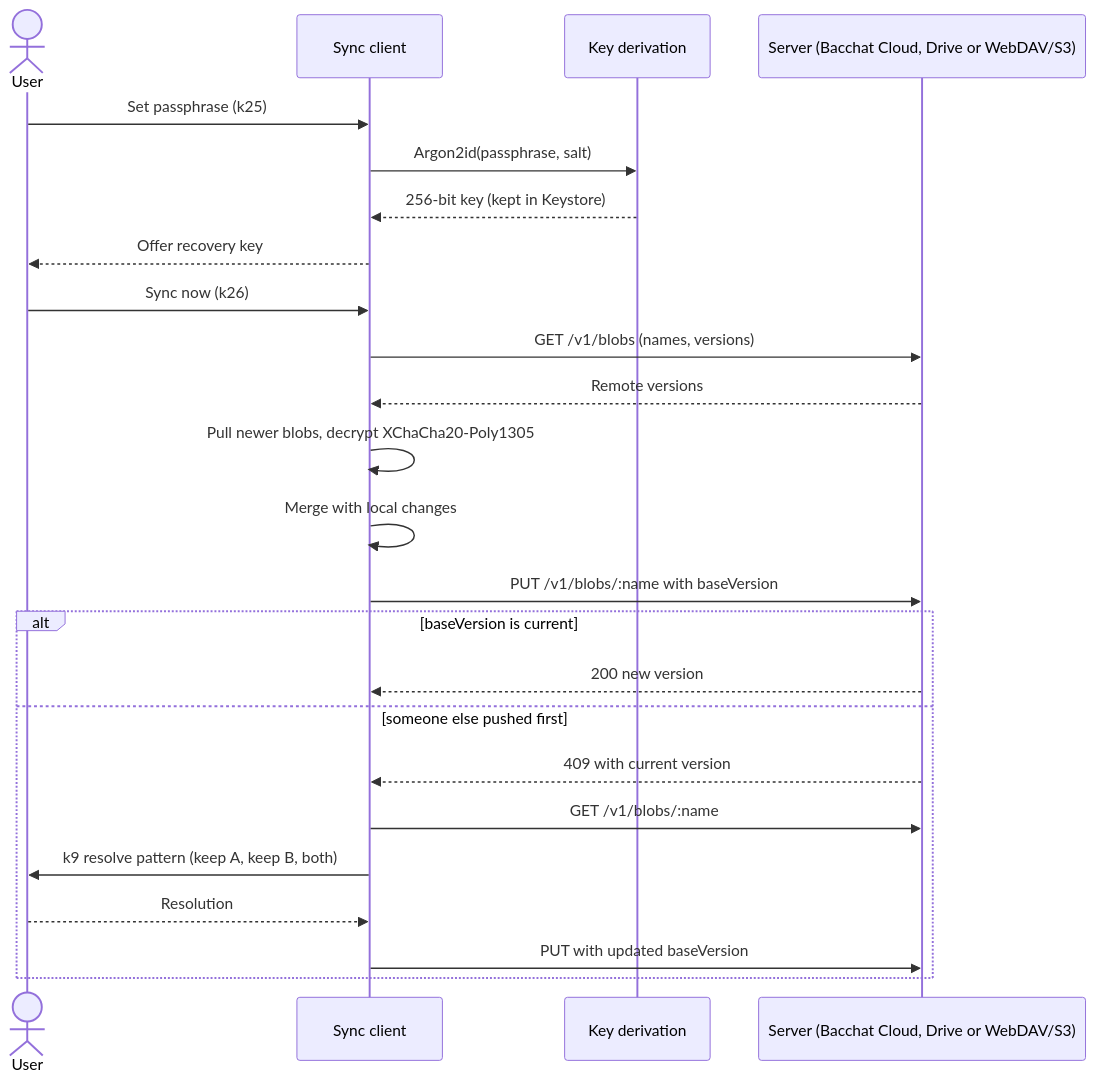
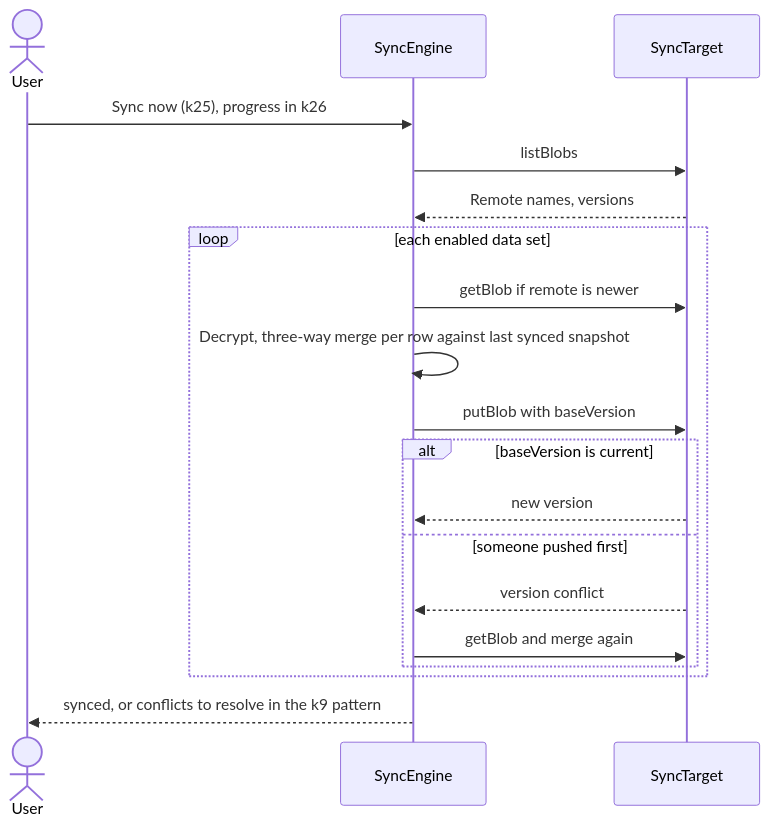
Before and after one commit to Aditya-Jyoti/bacchat: diagram 12 of 17 in docs/architecture.md, drawn with Mermaid. The commit also changed other lines of this file and 52 other files, not shown here.

````diff
--- a/docs/architecture.md
+++ b/docs/architecture.md
@@ -292,26 +386,21 @@
 ```mermaid
 sequenceDiagram
     actor User
-    participant App as Sync client
-    participant K as Key derivation
-    participant S as Server (Bacchat Cloud, Drive or WebDAV/S3)
-    User->>App: Set passphrase (k25)
-    App->>K: Argon2id(passphrase, salt)
-    K-->>App: 256-bit key (kept in Keystore)
-    App-->>User: Offer recovery key
-    User->>App: Sync now (k26)
-    App->>S: GET /v1/blobs (names, versions)
-    S-->>App: Remote versions
-    App->>App: Pull newer blobs, decrypt XChaCha20-Poly1305
-    App->>App: Merge with local changes
-    App->>S: PUT /v1/blobs/:name with baseVersion
-    alt baseVersion is current
-        S-->>App: 200 new version
-    else someone else pushed first
-        S-->>App: 409 with current version
-        App->>S: GET /v1/blobs/:name
-        App->>User: k9 resolve pattern (keep A, keep B, both)
-        User-->>App: Resolution
-        App->>S: PUT with updated baseVersion
+    participant App as SyncEngine
+    participant S as SyncTarget
+    User->>App: Sync now (k25), progress in k26
+    App->>S: listBlobs
+    S-->>App: Remote names, versions
+    loop each enabled data set
+        App->>S: getBlob if remote is newer
+        App->>App: Decrypt, three-way merge per row against last synced snapshot
+        App->>S: putBlob with baseVersion
+        alt baseVersion is current
+            S-->>App: new version
+        else someone pushed first
+            S-->>App: version conflict
+            App->>S: getBlob and merge again
+        end
     end
+    App-->>User: synced, or conflicts to resolve in the k9 pattern
 ```
````
